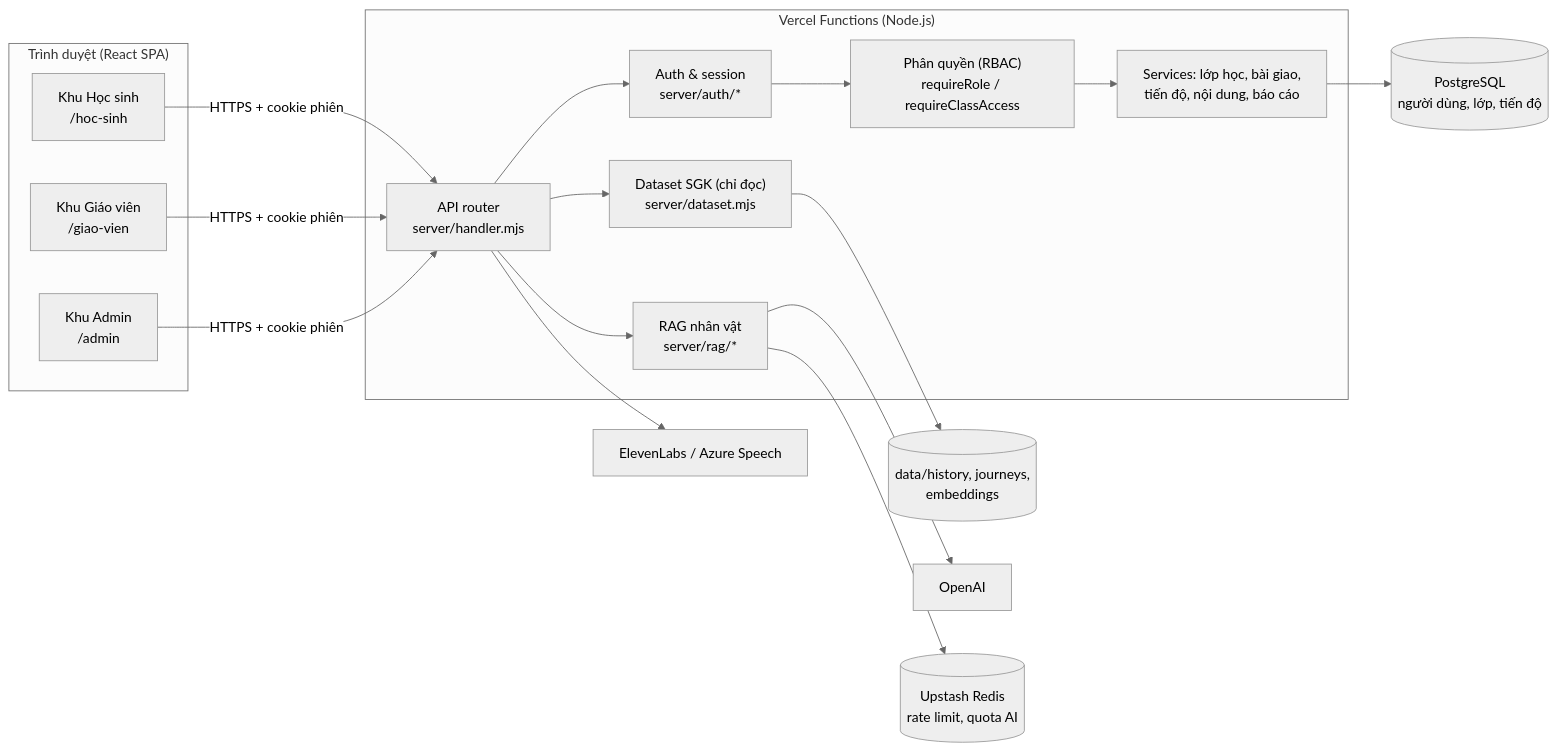
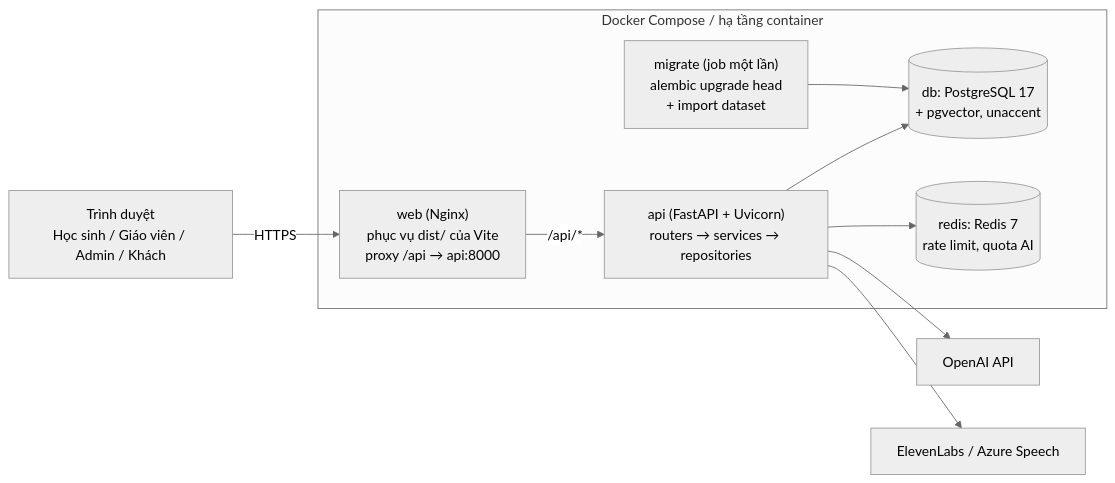
The first of 5 diagrams in docs/ARCHITECTURE.md (nguyenddung/EXE_XuyenSuKy), drawn with Mermaid (neutral theme) before and after one commit. The commit also changed other lines of this file, not shown here.

Commit message:
docs: switch architecture to FastAPI, PostgreSQL and Docker

````diff
--- a/docs/ARCHITECTURE.md
+++ b/docs/ARCHITECTURE.md
@@ -21,31 +47,23 @@
 ```mermaid
 flowchart LR
-  subgraph Client["Trình duyệt (React SPA)"]
-    HS["Khu Học sinh<br/>/hoc-sinh"]
-    GV["Khu Giáo viên<br/>/giao-vien"]
-    AD["Khu Admin<br/>/admin"]
+  U["Trình duyệt<br/>Học sinh / Giáo viên / Admin / Khách"]
+
+  subgraph Docker["Docker Compose / hạ tầng container"]
+    WEB["web (Nginx)<br/>phục vụ dist/ của Vite<br/>proxy /api → api:8000"]
+    API["api (FastAPI + Uvicorn)<br/>routers → services → repositories"]
+    MIG["migrate (job một lần)<br/>alembic upgrade head<br/>+ import dataset"]
+    DB[("db: PostgreSQL 17<br/>+ pgvector, unaccent")]
+    REDIS[("redis: Redis 7<br/>rate limit, quota AI")]
   end
 
-  subgraph Vercel["Vercel Functions (Node.js)"]
-    GW["API router<br/>server/handler.mjs"]
-    AUTH["Auth & session<br/>server/auth/*"]
-    RBAC["Phân quyền (RBAC)<br/>requireRole / requireClassAccess"]
-    SVC["Services: lớp học, bài giao,<br/>tiến độ, nội dung, báo cáo"]
-    DS["Dataset SGK (chỉ đọc)<br/>server/dataset.mjs"]
-    RAG["RAG nhân vật<br/>server/rag/*"]
-  end
-
-  DB[("PostgreSQL<br/>người dùng, lớp, tiến độ")]
-  REDIS[("Upstash Redis<br/>rate limit, quota AI")]
-  FILES[("data/history, journeys,<br/>embeddings")]
-  OAI["OpenAI"]
+  OAI["OpenAI API"]
   TTS["ElevenLabs / Azure Speech"]
 
-  HS & GV & AD -->|HTTPS + cookie phiên| GW
-  GW --> AUTH --> RBAC --> SVC
-  SVC --> DB
-  GW --> DS --> FILES
-  GW --> RAG --> OAI
-  RAG --> REDIS
-  GW --> TTS
+  U -->|HTTPS| WEB
+  WEB -->|/api/*| API
+  API --> DB
+  API --> REDIS
+  API --> OAI
+  API --> TTS
+  MIG --> DB
 ```
````
